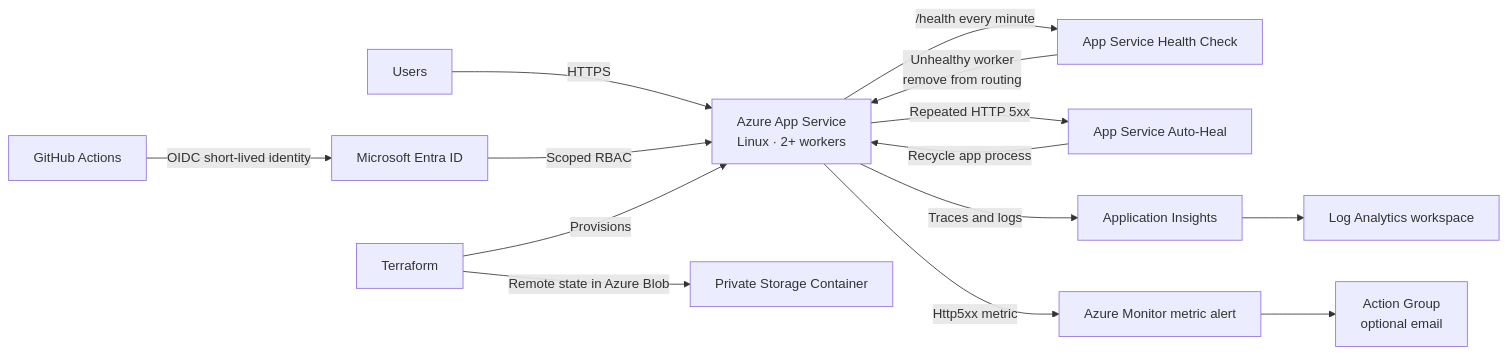
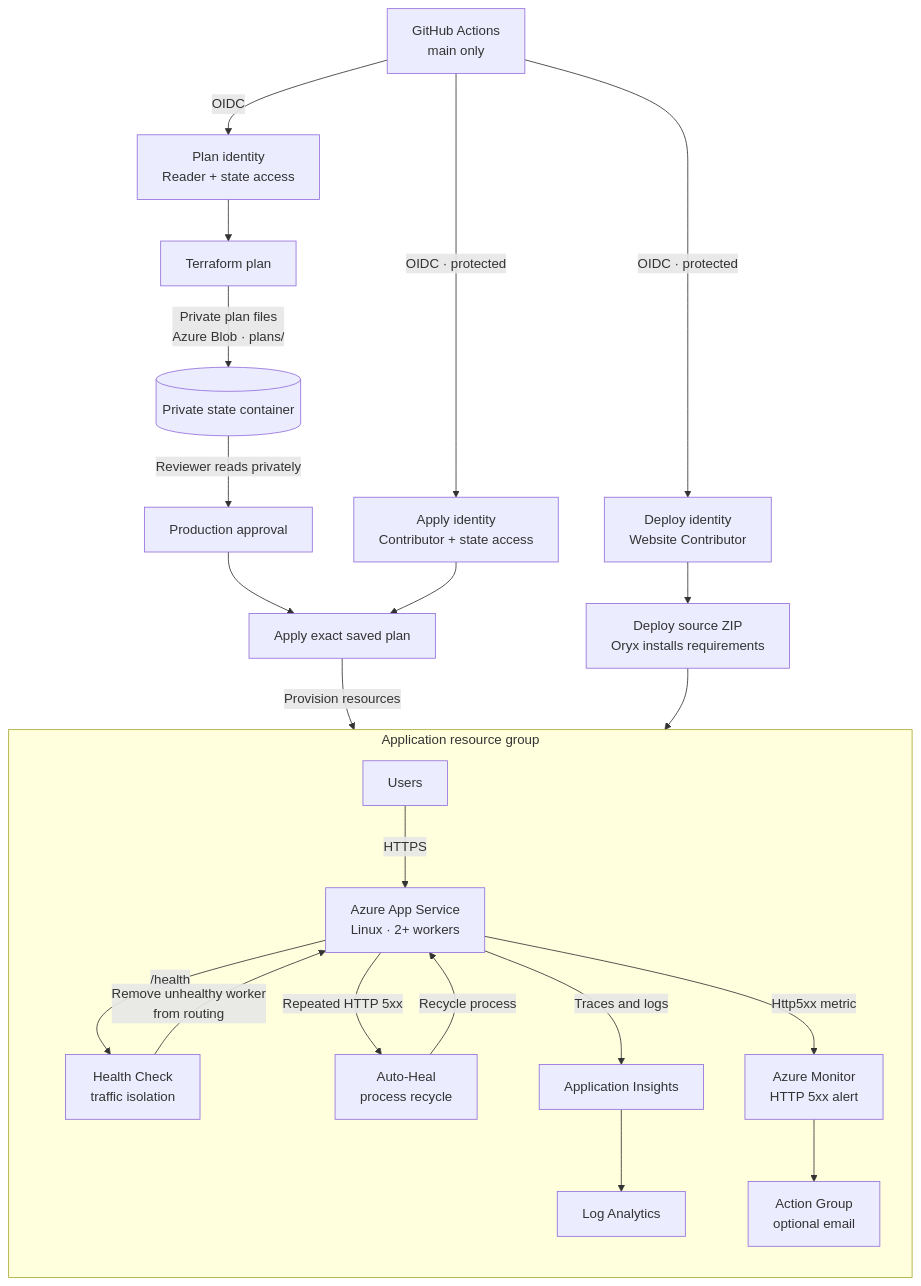
The diagram in docs/architecture.mmd (kingsokafor777-droid/self-healing-web-app-azure), drawn with Mermaid before and after one commit. The commit also changed 14 other files, not shown here.

```diff
--- a/docs/architecture.mmd
+++ b/docs/architecture.mmd
@@ -1,14 +1,39 @@
-flowchart LR
-    U[Users] -->|HTTPS| W[Azure App Service<br/>Linux · 2+ workers]
-    W -->|/health every minute| HC[App Service Health Check]
-    HC -->|Unhealthy worker<br/>remove from routing| W
-    W -->|Repeated HTTP 5xx| AH[App Service Auto-Heal]
-    AH -->|Recycle app process| W
-    W -->|Traces and logs| AI[Application Insights]
-    AI --> LAW[Log Analytics workspace]
-    W -->|Http5xx metric| AM[Azure Monitor metric alert]
-    AM --> AG[Action Group<br/>optional email]
-    GH[GitHub Actions] -->|OIDC short-lived identity| ENTRA[Microsoft Entra ID]
-    ENTRA -->|Scoped RBAC| W
-    TF[Terraform] -->|Provisions| W
-    TF -->|Remote state in Azure Blob| STATE[Private Storage Container]
+flowchart TB
+    GH[GitHub Actions<br/>main only]
+    PI[Plan identity<br/>Reader + state access]
+    AI[Apply identity<br/>Contributor + state access]
+    DI[Deploy identity<br/>Website Contributor]
+    GH -->|OIDC| PI
+    GH -->|OIDC · protected| AI
+    GH -->|OIDC · protected| DI
+
+    PI --> PLAN[Terraform plan]
+    PLAN -->|Private plan files<br/>Azure Blob · plans/| BLOB[(Private state container)]
+    BLOB -->|Reviewer reads privately| REVIEW[Production approval]
+    REVIEW --> APPLY[Apply exact saved plan]
+    AI --> APPLY
+    DI --> DEPLOY[Deploy source ZIP<br/>Oryx installs requirements]
+
+    subgraph APP[Application resource group]
+        direction TB
+        W[Azure App Service<br/>Linux · 2+ workers]
+        HEALTH[Health Check<br/>traffic isolation]
+        HEAL[Auto-Heal<br/>process recycle]
+        INSIGHTS[Application Insights]
+        LOGS[Log Analytics]
+        ALERT[Azure Monitor<br/>HTTP 5xx alert]
+        GROUP[Action Group<br/>optional email]
+        USERS[Users]
+        USERS -->|HTTPS| W
+        W -->|/health| HEALTH
+        HEALTH -->|Remove unhealthy worker<br/>from routing| W
+        W -->|Repeated HTTP 5xx| HEAL
+        HEAL -->|Recycle process| W
+        W -->|Traces and logs| INSIGHTS
+        INSIGHTS --> LOGS
+        W -->|Http5xx metric| ALERT
+        ALERT --> GROUP
+    end
+
+    APPLY -->|Provision resources| W
+    DEPLOY --> W
```
